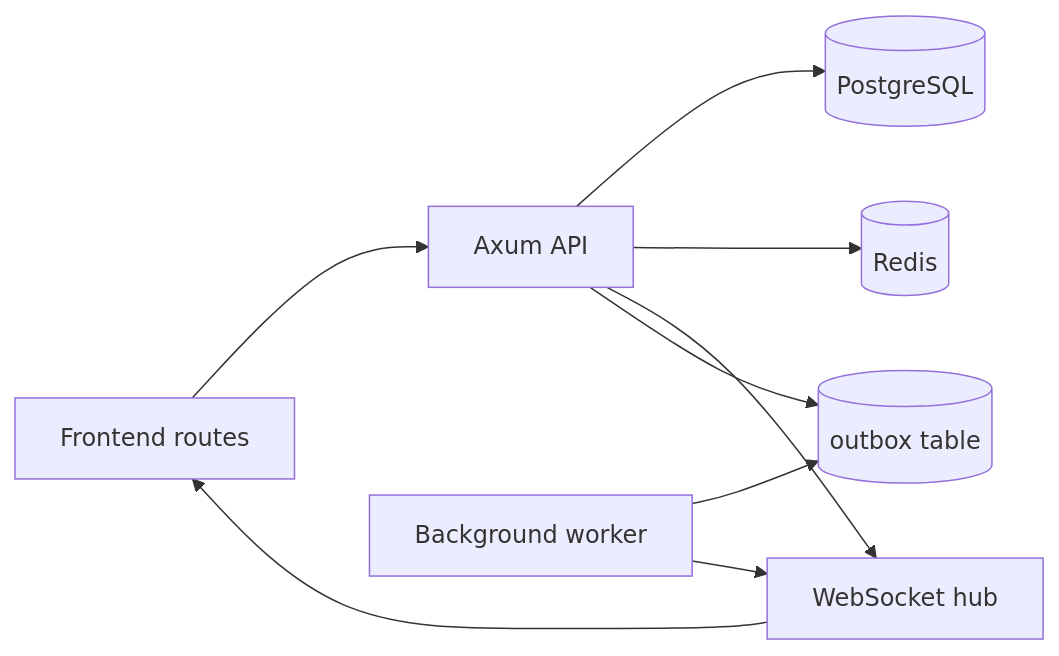
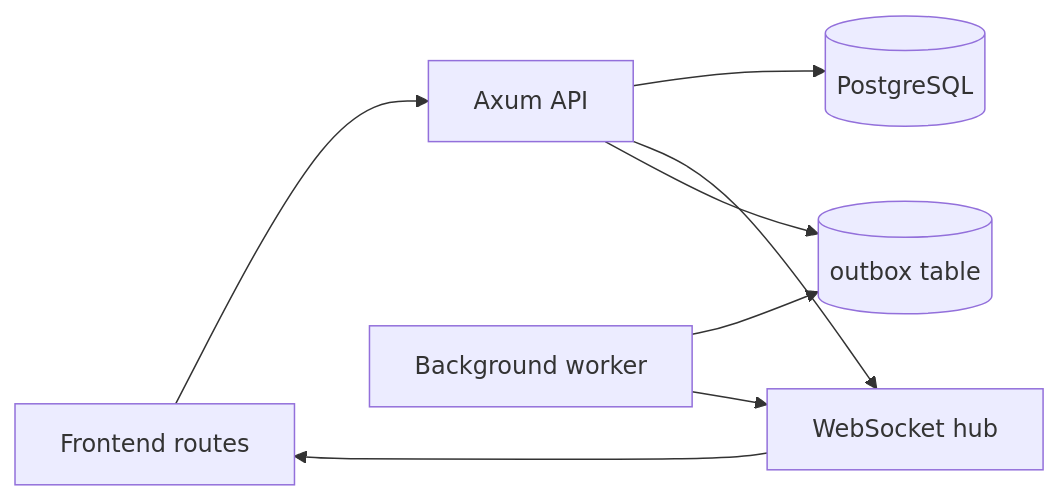
One commit to teaching01-netizen/IELTS-LMS changed the diagram in docs/superpowers/specs/2026-04-17-rust-backend-design.md. Above: the diagram before and after it, drawn with Mermaid. The commit also changed other lines of this file, not shown here.

````diff
--- a/docs/superpowers/specs/2026-04-17-rust-backend-design.md
+++ b/docs/superpowers/specs/2026-04-17-rust-backend-design.md
@@ -38,11 +38,10 @@
 ```mermaid
 flowchart LR
   UI[Frontend routes] --> API[Axum API]
   API --> DB[(PostgreSQL)]
-  API --> Redis[(Redis)]
   API --> WS[WebSocket hub]
   API --> OUTBOX[(outbox table)]
   WORKER[Background worker] --> OUTBOX
   WORKER --> WS
   WS --> UI
 ```
````
